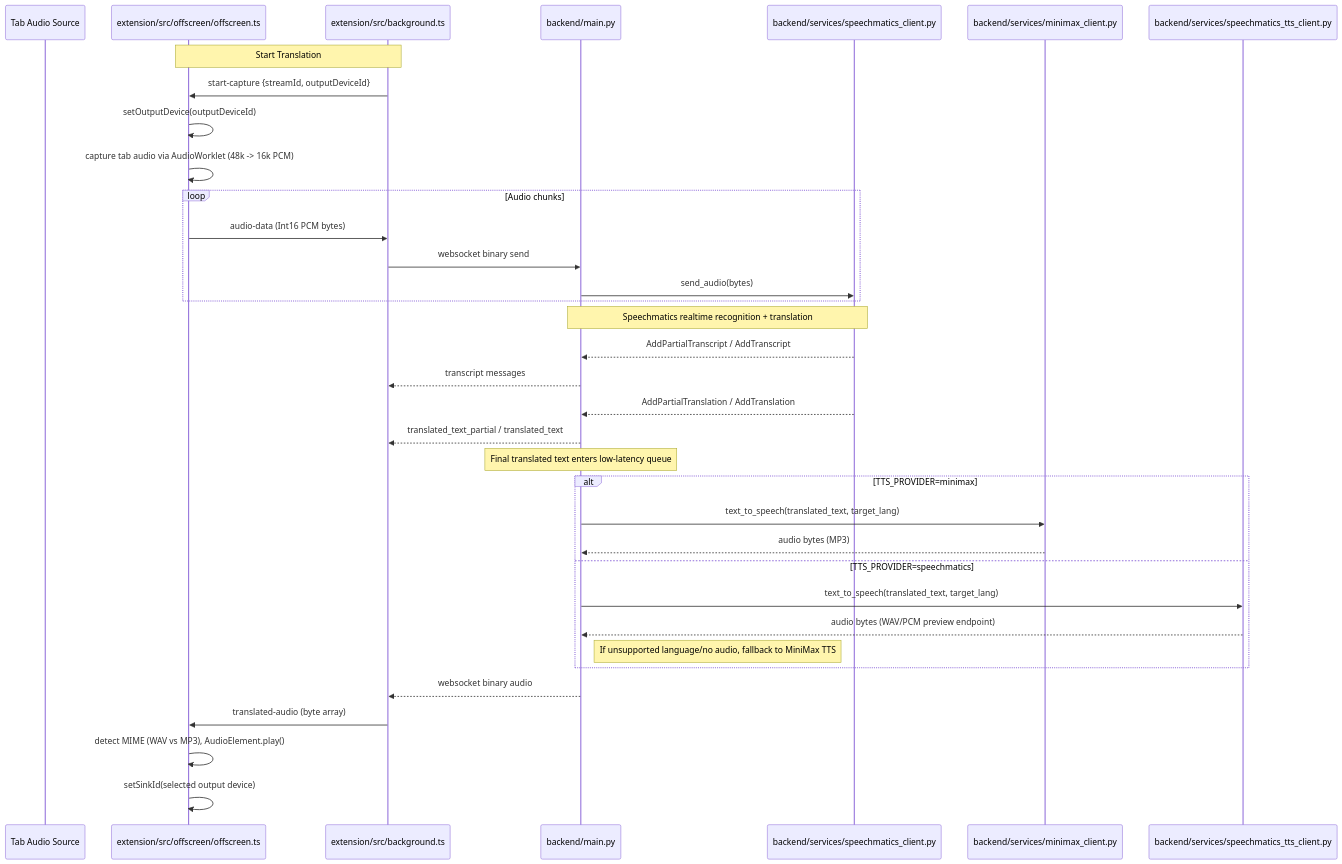
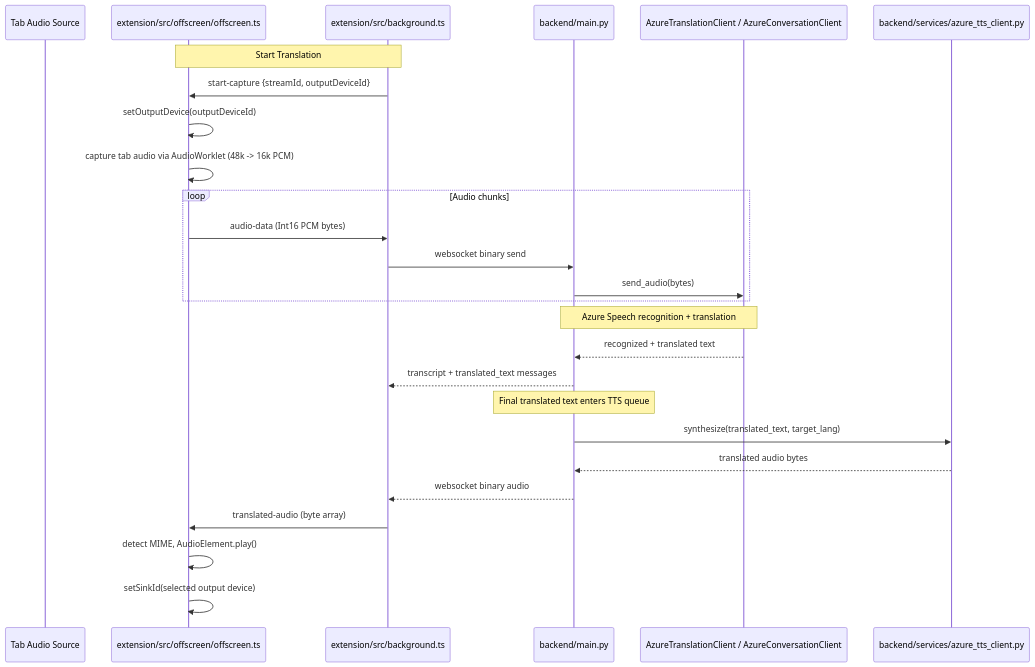
One commit to Kvndoshi/smartmeetingcompanion changed the second of 2 diagrams in architecture.md. Above: the diagram before and after it, drawn with Mermaid. The commit also changed other lines of this file and 1 other file, not shown here.

First line of the commit message:
docs: add standalone Mermaid architecture diagram and fix architecture.md

````diff
--- a/architecture.md
+++ b/architecture.md
@@ -22,42 +22,33 @@
 ```mermaid
 sequenceDiagram
     participant Tab as Tab Audio Source
     participant OFS as extension/src/offscreen/offscreen.ts
     participant BG as extension/src/background.ts
     participant API as backend/main.py
-    participant SM as backend/services/speechmatics_client.py
-    participant MM as backend/services/minimax_client.py
-    participant SMTTS as backend/services/speechmatics_tts_client.py
+    participant AZ_STT as AzureTranslationClient / AzureConversationClient
+    participant AZ_TTS as backend/services/azure_tts_client.py
 
     Note over BG,OFS: Start Translation
     BG->>OFS: start-capture {streamId, outputDeviceId}
     OFS->>OFS: setOutputDevice(outputDeviceId)
     OFS->>OFS: capture tab audio via AudioWorklet (48k -> 16k PCM)
 
     loop Audio chunks
         OFS->>BG: audio-data (Int16 PCM bytes)
         BG->>API: websocket binary send
-        API->>SM: send_audio(bytes)
+        API->>AZ_STT: send_audio(bytes)
     end
 
-    Note over SM,API: Speechmatics realtime recognition + translation
-    SM-->>API: AddPartialTranscript / AddTranscript
-    API-->>BG: transcript messages
-    SM-->>API: AddPartialTranslation / AddTranslation
-    API-->>BG: translated_text_partial / translated_text
+    Note over AZ_STT,API: Azure Speech recognition + translation
+    AZ_STT-->>API: recognized + translated text
+    API-->>BG: transcript + translated_text messages
 
-    Note over API: Final translated text enters low-latency queue
-    alt TTS_PROVIDER=minimax
-        API->>MM: text_to_speech(translated_text, target_lang)
-        MM-->>API: audio bytes (MP3)
-    else TTS_PROVIDER=speechmatics
-        API->>SMTTS: text_to_speech(translated_text, target_lang)
-        SMTTS-->>API: audio bytes (WAV/PCM preview endpoint)
-        Note right of API: If unsupported language/no audio, fallback to MiniMax TTS
-    end
+    Note over API: Final translated text enters TTS queue
+    API->>AZ_TTS: synthesize(translated_text, target_lang)
+    AZ_TTS-->>API: translated audio bytes
 
     API-->>BG: websocket binary audio
     BG->>OFS: translated-audio (byte array)
-    OFS->>OFS: detect MIME (WAV vs MP3), AudioElement.play()
+    OFS->>OFS: detect MIME, AudioElement.play()
     OFS->>OFS: setSinkId(selected output device)
 ```
````
